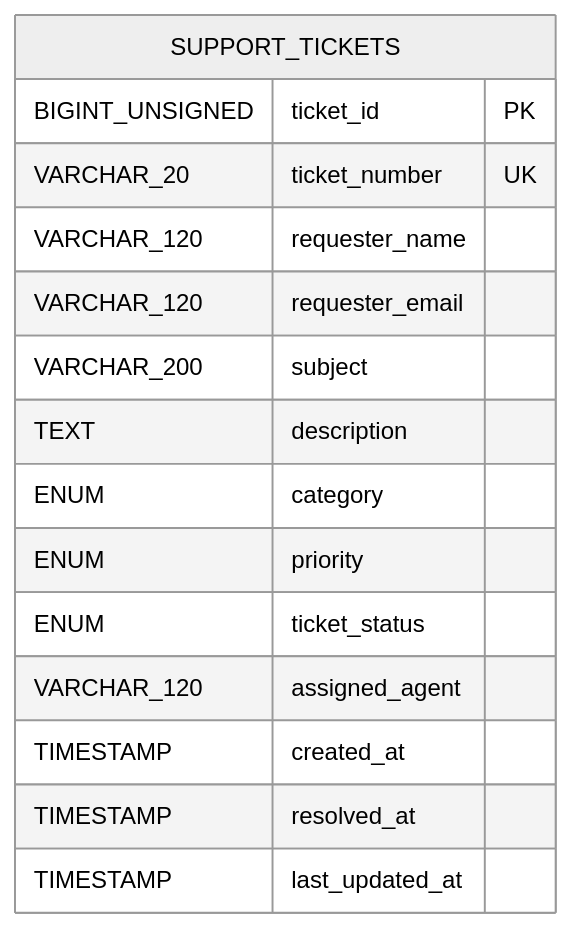
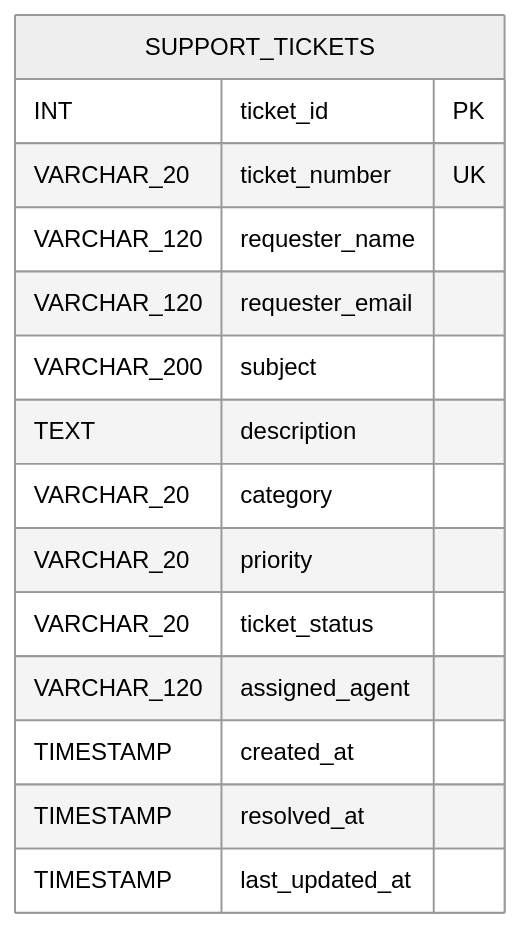
Before and after one commit to arvind-codegnan/cdg-hyd-jfs-058: diagram 20 of 20 in sql-exercises-part-1.md, drawn with Mermaid (neutral theme). The commit also changed other lines of this file, not shown here.

````diff
--- a/sql-exercises-part-1.md
+++ b/sql-exercises-part-1.md
@@ -780,18 +778,18 @@
 ```mermaid
 erDiagram
     SUPPORT_TICKETS {
-        BIGINT_UNSIGNED ticket_id PK
+        INT ticket_id PK
         VARCHAR_20 ticket_number UK
         VARCHAR_120 requester_name
         VARCHAR_120 requester_email
         VARCHAR_200 subject
         TEXT description
-        ENUM category
-        ENUM priority
-        ENUM ticket_status
+        VARCHAR_20 category
+        VARCHAR_20 priority
+        VARCHAR_20 ticket_status
         VARCHAR_120 assigned_agent
         TIMESTAMP created_at
         TIMESTAMP resolved_at
         TIMESTAMP last_updated_at
     }
 ```
````
